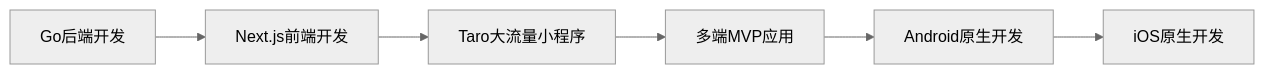
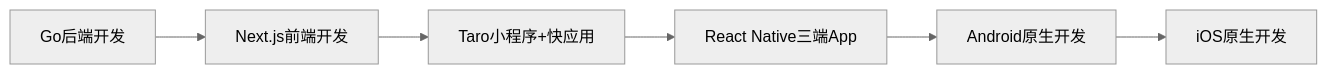
The first of 2 diagrams in README.md (x-rush/dev-quest), drawn with Mermaid (neutral theme) before and after one commit. The commit also changed other lines of this file and 2 other files, not shown here.

````diff
--- a/README.md
+++ b/README.md
@@ -35,8 +35,8 @@
 ```mermaid
 graph LR
     A[Go后端开发] --> B[Next.js前端开发]
-    B --> C[Taro大流量小程序]
-    C --> D[多端MVP应用]
+    B --> C[Taro小程序+快应用]
+    C --> D[React Native三端App]
     D --> E[Android原生开发]
     E --> F[iOS原生开发]
 ```
````
